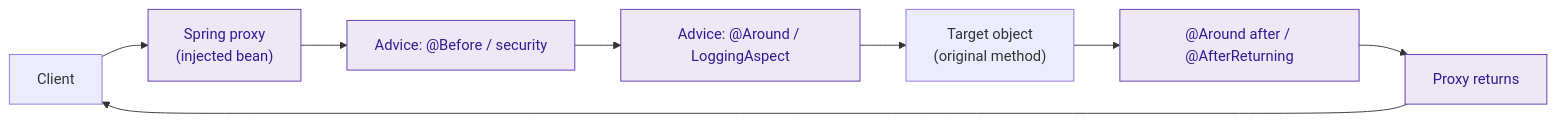
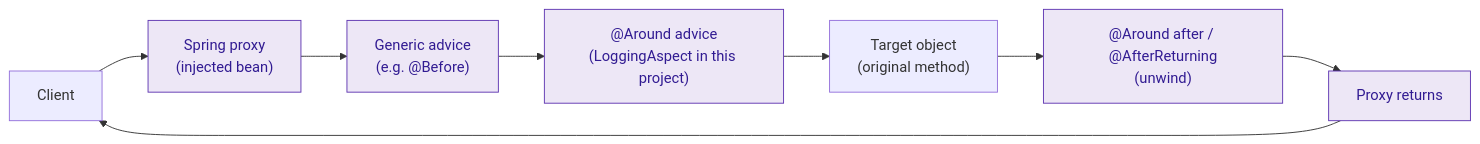
Before and after one commit to mohamad4444/cloud-native-purchase-system: the fifth of 13 diagrams in docs/_drafts/thesis-concepts.md, drawn with Mermaid. The commit also changed other lines of this file and 5 other files, not shown here.

Commit message:
docs: correct diagram inaccuracies found in source-code review

````diff
--- a/docs/_drafts/thesis-concepts.md
+++ b/docs/_drafts/thesis-concepts.md
@@ -110,12 +116,12 @@
 ```mermaid
 flowchart LR
   C["Client"] --> P["Spring proxy<br/>(injected bean)"]
-  P --> A1["Advice: @Before / security"]
-  A1 --> A2["Advice: @Around / LoggingAspect"]
+  P --> A1["Generic advice<br/>(e.g. @Before)"]
+  A1 --> A2["@Around advice<br/>(LoggingAspect in this project)"]
   A2 --> T["Target object<br/>(original method)"]
-  T --> A2B["@Around after / @AfterReturning"]
+  T --> A2B["@Around after / @AfterReturning<br/>(unwind)"]
   A2B --> P2["Proxy returns"]
   P2 --> C
   classDef proxy fill:#ede7f6,stroke:#5e35b1,color:#311b92;
   class P,A1,A2,A2B,P2 proxy;
 ```
````
